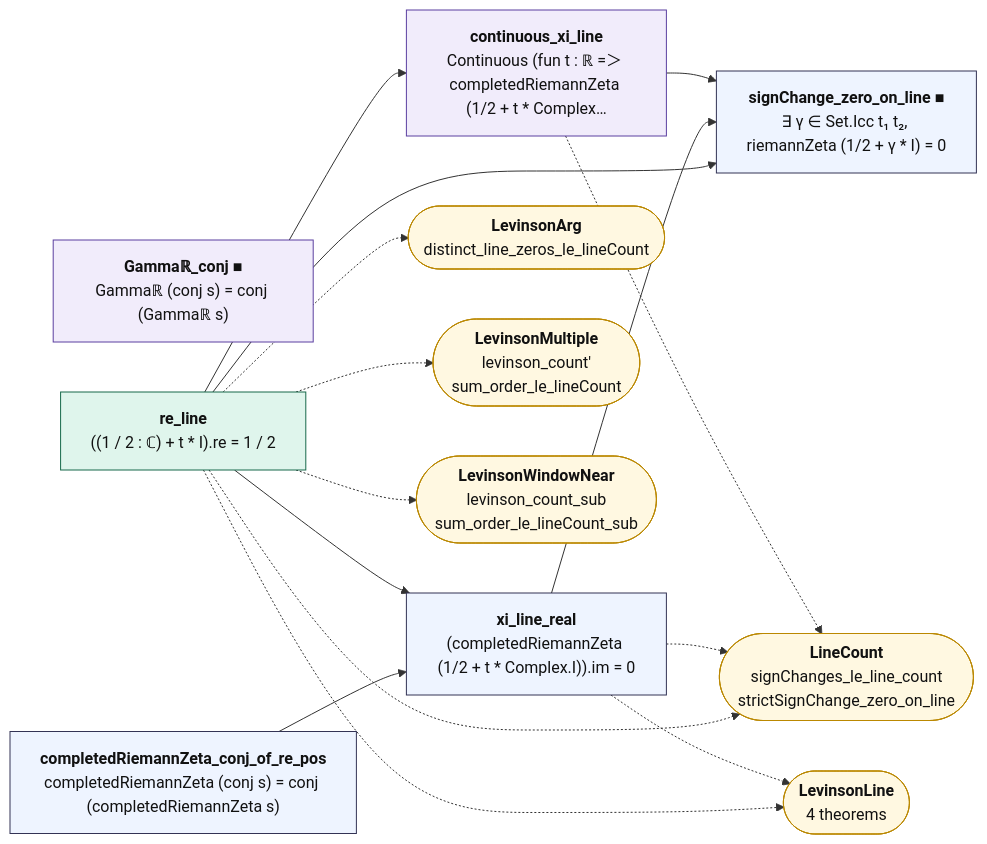
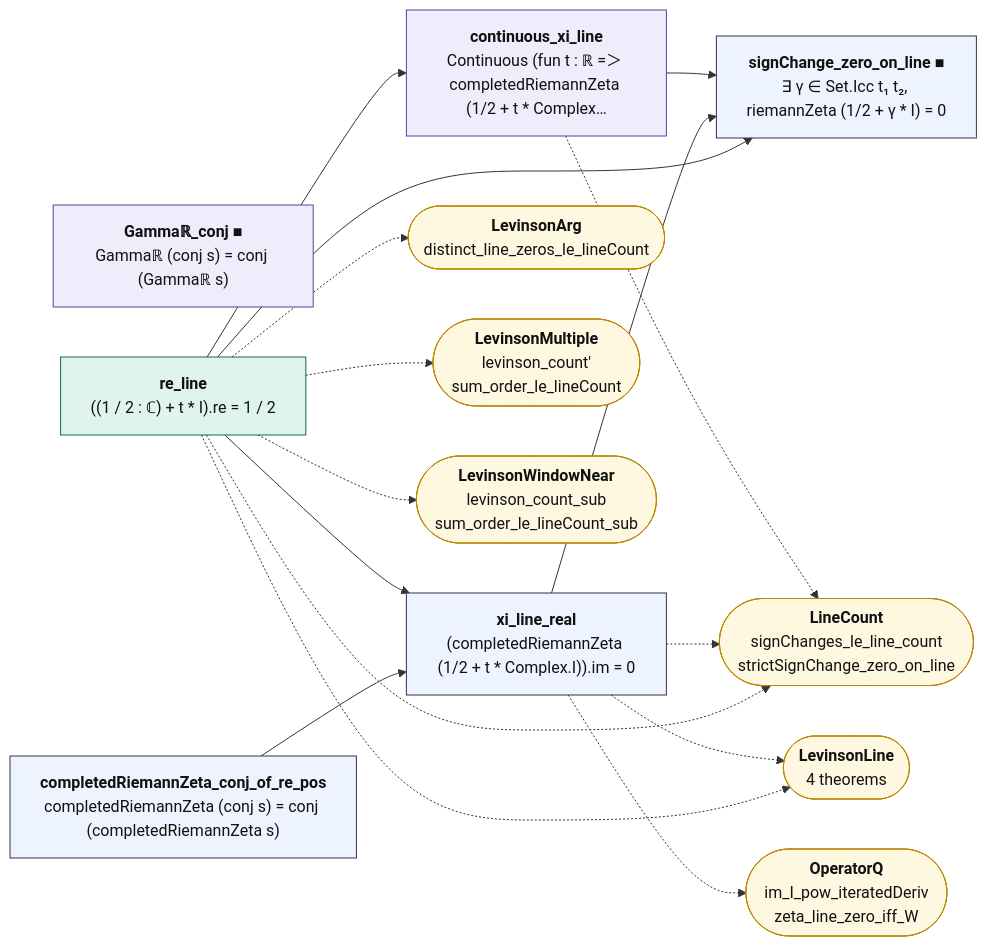
Before and after one commit to juliansambranojr/Primebeat_081426: the diagram in map/lean_stage3/HardyZ.mmd, drawn with Mermaid. The commit also changed 13 other files, not shown here.

```diff
--- a/map/lean_stage3/HardyZ.mmd
+++ b/map/lean_stage3/HardyZ.mmd
@@ -1,34 +1,36 @@
 flowchart LR
   n0["<b>Gammaℝ_conj ■</b><br/>Gammaℝ (conj s) = conj (Gammaℝ s)"]:::shp
   n1["<b>completedRiemannZeta_conj_of_re_pos</b><br/>completedRiemannZeta (conj s) = conj (completedRiemannZeta s)"]:::thm
   n2["<b>re_line</b><br/>((1 / 2 : ℂ) + t * I).re = 1 / 2"]:::cnt
   n3["<b>xi_line_real</b><br/>(completedRiemannZeta (1/2 + t * Complex.I)).im = 0"]:::thm
   n4["<b>continuous_xi_line</b><br/>Continuous (fun t : ℝ =＞ completedRiemannZeta (1/2 + t * Complex…"]:::shp
   n5["<b>signChange_zero_on_line ■</b><br/>∃ γ ∈ Set.Icc t₁ t₂, riemannZeta (1/2 + γ * I) = 0"]:::thm
   x0(["<b>LevinsonArg</b><br/>distinct_line_zeros_le_lineCount"]):::ext
   x1(["<b>LevinsonLine</b><br/>4 theorems"]):::ext
   x2(["<b>LevinsonMultiple</b><br/>levinson_count'<br/>sum_order_le_lineCount"]):::ext
   x3(["<b>LevinsonWindowNear</b><br/>levinson_count_sub<br/>sum_order_le_lineCount_sub"]):::ext
   x4(["<b>LineCount</b><br/>signChanges_le_line_count<br/>strictSignChange_zero_on_line"]):::ext
+  x5(["<b>OperatorQ</b><br/>im_I_pow_iteratedDeriv<br/>zeta_line_zero_iff_W"]):::ext
   n1 --> n3
   n2 --> n3
   n2 --> n4
   n2 --> n5
   n3 --> n5
   n4 --> n5
   n2 -.-> x0
   n2 -.-> x1
   n2 -.-> x2
   n2 -.-> x3
   n2 -.-> x4
   n3 -.-> x1
   n3 -.-> x4
+  n3 -.-> x5
   n4 -.-> x4
   classDef cnt fill:#dff5ec,stroke:#17694a,color:#111
   classDef shp fill:#f1ecfb,stroke:#5b3fa0,color:#111
   classDef rh fill:#ffe5e5,stroke:#c22,color:#111,stroke-width:2px
   classDef thm fill:#eef4ff,stroke:#335,color:#111
   classDef end_ fill:#e7f7e7,stroke:#2a7,color:#111,stroke-width:2px
   classDef lone fill:#fff,stroke:#999,color:#111,stroke-dasharray:4 3
   classDef bad fill:#ffe5e5,stroke:#c22,color:#111,stroke-width:2px
   classDef ext fill:#fff8e1,stroke:#b80,color:#111
```
